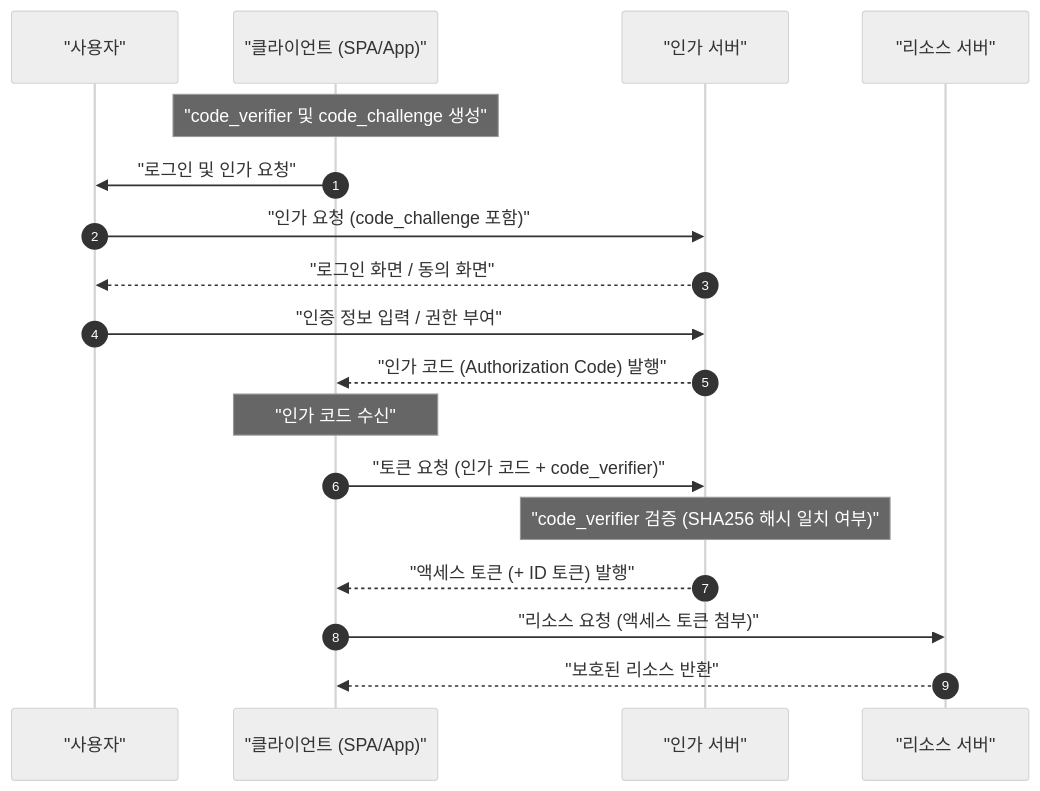
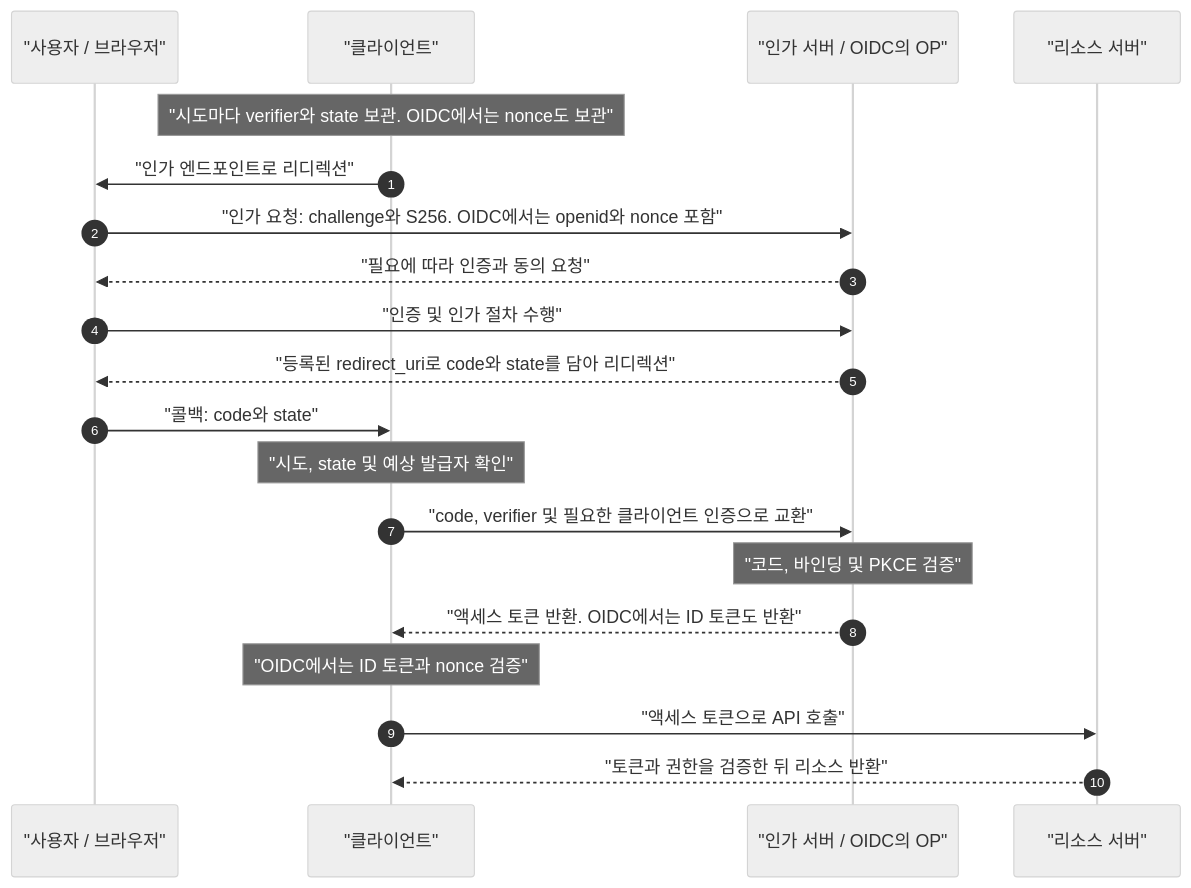
Before and after one commit to kenjinote/blog: the diagram in content/post/oauth2-oidc-authentication-authorization-difference/index.ko.md, drawn with Mermaid (neutral theme). The commit also changed other lines of this file and 8 other files, not shown here.

````diff
--- a/content/post/oauth2-oidc-authentication-authorization-difference/index.ko.md
+++ b/content/post/oauth2-oidc-authentication-authorization-difference/index.ko.md
@@ -90,21 +91,22 @@
 ```mermaid
 sequenceDiagram
     autonumber
-    participant U as "사용자"
-    participant C as "클라이언트 (SPA/App)"
-    participant AS as "인가 서버"
+    participant U as "사용자 / 브라우저"
+    participant C as "클라이언트"
+    participant AS as "인가 서버 / OIDC의 OP"
     participant RS as "리소스 서버"
-
-    Note over C: "code_verifier 및 code_challenge 생성"
-    C->>U: "로그인 및 인가 요청"
-    U->>AS: "인가 요청 (code_challenge 포함)"
-    AS-->>U: "로그인 화면 / 동의 화면"
-    U->>AS: "인증 정보 입력 / 권한 부여"
-    AS-->>C: "인가 코드 (Authorization Code) 발행"
-    Note over C: "인가 코드 수신"
-    C->>AS: "토큰 요청 (인가 코드 + code_verifier)"
-    Note over AS: "code_verifier 검증 (SHA256 해시 일치 여부)"
-    AS-->>C: "액세스 토큰 (+ ID 토큰) 발행"
-    C->>RS: "리소스 요청 (액세스 토큰 첨부)"
-    RS-->>C: "보호된 리소스 반환"
+    Note over C: "시도마다 verifier와 state 보관. OIDC에서는 nonce도 보관"
+    C->>U: "인가 엔드포인트로 리디렉션"
+    U->>AS: "인가 요청: challenge와 S256. OIDC에서는 openid와 nonce 포함"
+    AS-->>U: "필요에 따라 인증과 동의 요청"
+    U->>AS: "인증 및 인가 절차 수행"
+    AS-->>U: "등록된 redirect_uri로 code와 state를 담아 리디렉션"
+    U->>C: "콜백: code와 state"
+    Note over C: "시도, state 및 예상 발급자 확인"
+    C->>AS: "code, verifier 및 필요한 클라이언트 인증으로 교환"
+    Note over AS: "코드, 바인딩 및 PKCE 검증"
+    AS-->>C: "액세스 토큰 반환. OIDC에서는 ID 토큰도 반환"
+    Note over C: "OIDC에서는 ID 토큰과 nonce 검증"
+    C->>RS: "액세스 토큰으로 API 호출"
+    RS-->>C: "토큰과 권한을 검증한 뒤 리소스 반환"
 ```
````
